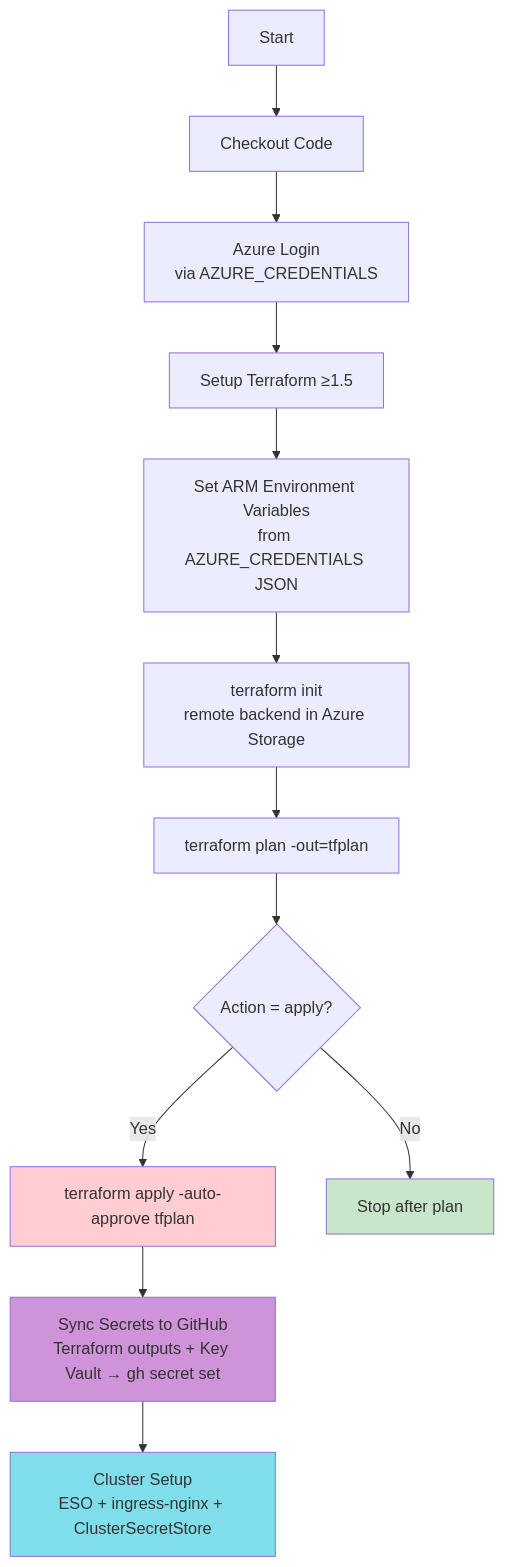
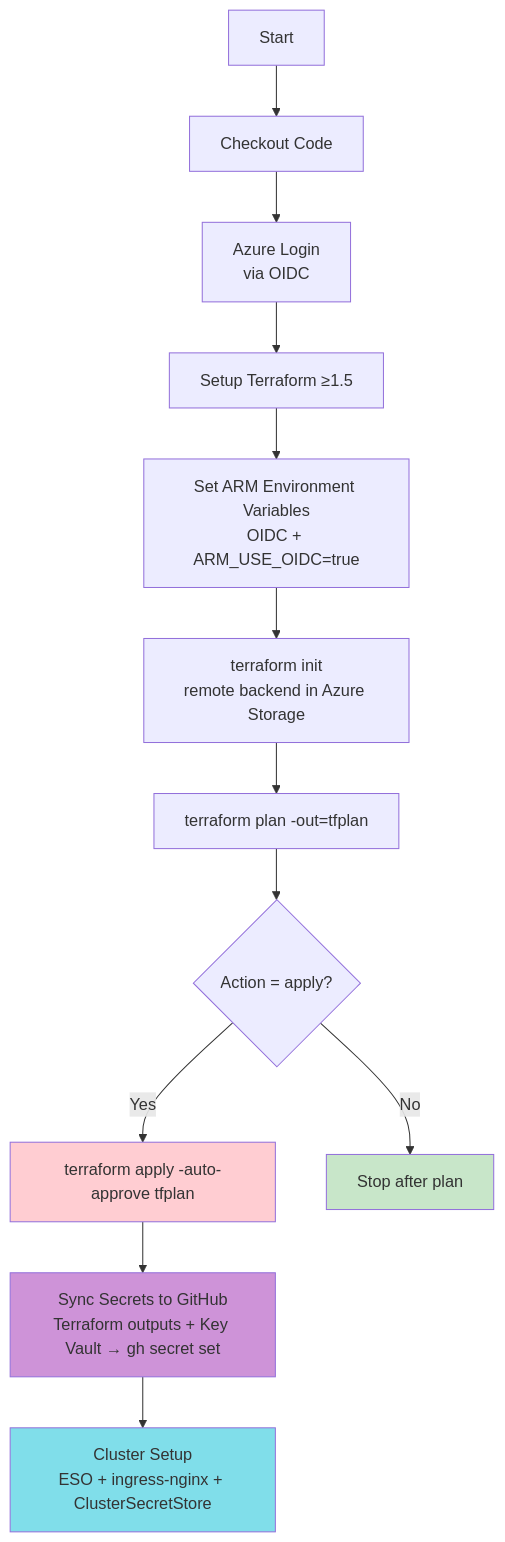
The seventh of 11 diagrams in docs/cicd-pipeline.md (edinc/octo-eshop-demo), drawn with Mermaid before and after one commit. The commit also changed other lines of this file, not shown here.

First line of the commit message:
docs: update CI/CD docs for OIDC auth and auto-deploy pipeline

````diff
--- a/docs/cicd-pipeline.md
+++ b/docs/cicd-pipeline.md
@@ -302,19 +308,19 @@
 ```mermaid
 graph TD
     A[Start] --> B[Checkout Code]
-    B --> C[Azure Login<br/>via AZURE_CREDENTIALS]
+    B --> C[Azure Login<br/>via OIDC]
     C --> D[Setup Terraform ≥1.5]
-    D --> E[Set ARM Environment Variables<br/>from AZURE_CREDENTIALS JSON]
+    D --> E[Set ARM Environment Variables<br/>OIDC + ARM_USE_OIDC=true]
     E --> F[terraform init<br/>remote backend in Azure Storage]
     F --> G[terraform plan -out=tfplan]
     G --> H{Action = apply?}
     H -->|Yes| I[terraform apply -auto-approve tfplan]
     I --> J[Sync Secrets to GitHub<br/>Terraform outputs + Key Vault → gh secret set]
     J --> K[Cluster Setup<br/>ESO + ingress-nginx + ClusterSecretStore]
     H -->|No| L[Stop after plan]
 
     style I fill:#FFCDD2
     style J fill:#CE93D8
     style K fill:#80DEEA
     style L fill:#C8E6C9
 ```
````
